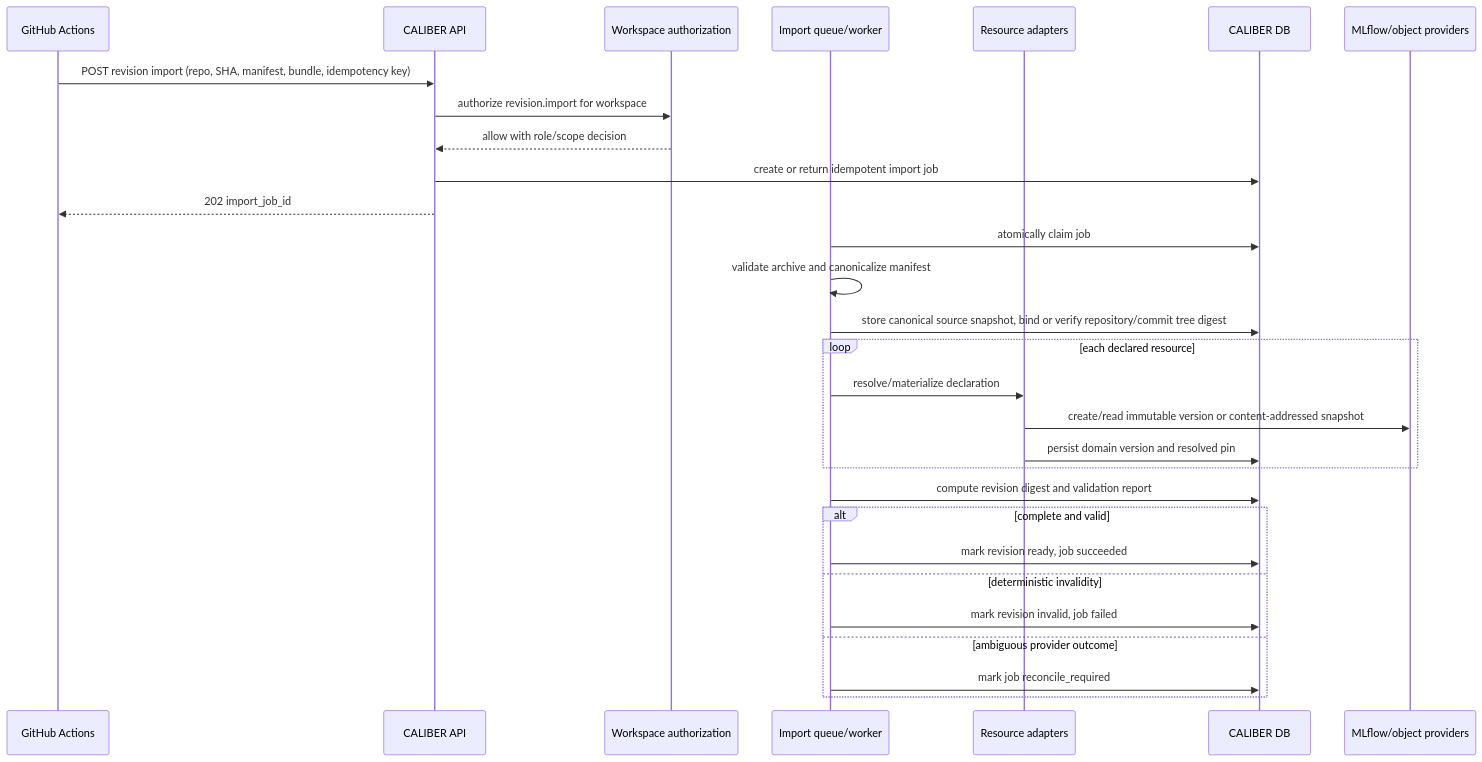
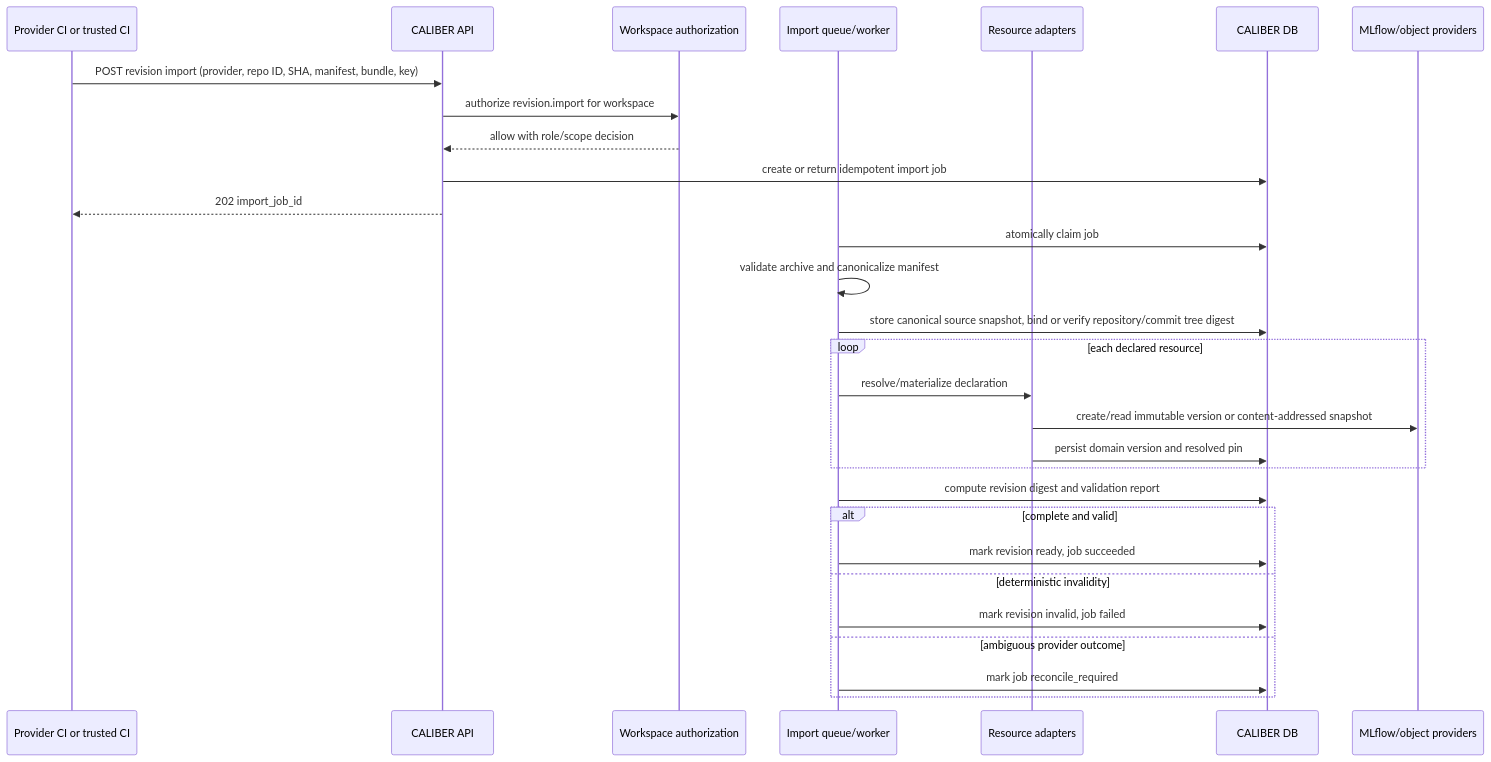
Before and after one commit to rrahimi-uci/caliber-suite: the tenth of 16 diagrams in docs/workspace-plan.md, drawn with Mermaid. The commit also changed other lines of this file, not shown here.

````diff
--- a/docs/workspace-plan.md
+++ b/docs/workspace-plan.md
@@ -2247,32 +2591,32 @@
 ```mermaid
 sequenceDiagram
-    participant GH as GitHub Actions
+    participant CI as Provider CI or trusted CI
     participant API as CALIBER API
     participant AZ as Workspace authorization
     participant IQ as Import queue/worker
     participant RA as Resource adapters
     participant DB as CALIBER DB
     participant P as MLflow/object providers
 
-    GH->>API: POST revision import (repo, SHA, manifest, bundle, idempotency key)
+    CI->>API: POST revision import (provider, repo ID, SHA, manifest, bundle, key)
     API->>AZ: authorize revision.import for workspace
     AZ-->>API: allow with role/scope decision
     API->>DB: create or return idempotent import job
-    API-->>GH: 202 import_job_id
+    API-->>CI: 202 import_job_id
     IQ->>DB: atomically claim job
     IQ->>IQ: validate archive and canonicalize manifest
     IQ->>DB: store canonical source snapshot, bind or verify repository/commit tree digest
     loop each declared resource
         IQ->>RA: resolve/materialize declaration
         RA->>P: create/read immutable version or content-addressed snapshot
         RA->>DB: persist domain version and resolved pin
     end
     IQ->>DB: compute revision digest and validation report
     alt complete and valid
         IQ->>DB: mark revision ready, job succeeded
     else deterministic invalidity
         IQ->>DB: mark revision invalid, job failed
     else ambiguous provider outcome
         IQ->>DB: mark job reconcile_required
     end
 ```
````
